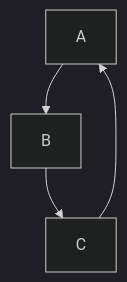
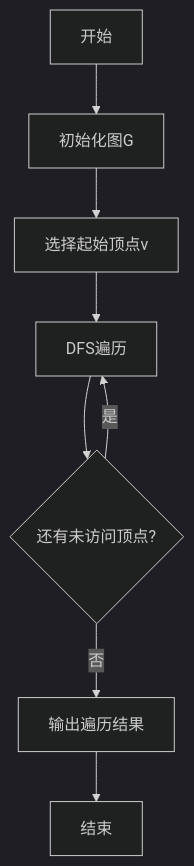
The second of 2 diagrams in docs/01-图论基础/00-图论元模型.md (AdaMartin18010/GraphNetWorkCommunicate), drawn with Mermaid (dark theme) before and after one commit. The commit also changed other lines of this file and 7 other files, not shown here.

````diff
--- a/docs/01-图论基础/00-图论元模型.md
+++ b/docs/01-图论基础/00-图论元模型.md
@@ -55,6 +315,10 @@
-    ```mermaid
-    graph TD;
-      A-->B;
-      B-->C;
-      C-->A;
-    ```
+```mermaid
+graph TD
+    A[开始] --> B[初始化图G]
+    B --> C[选择起始顶点v]
+    C --> D[DFS遍历]
+    D --> E{还有未访问顶点?}
+    E -->|是| D
+    E -->|否| F[输出遍历结果]
+    F --> G[结束]
+```
````
